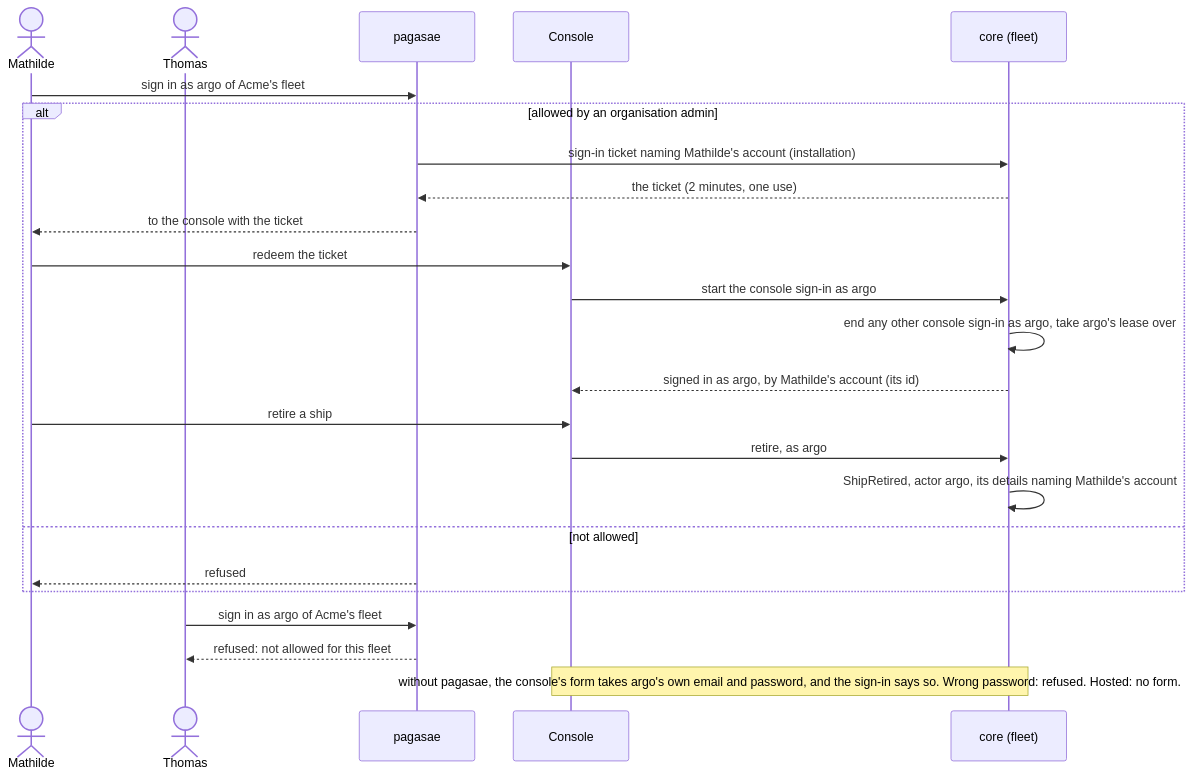
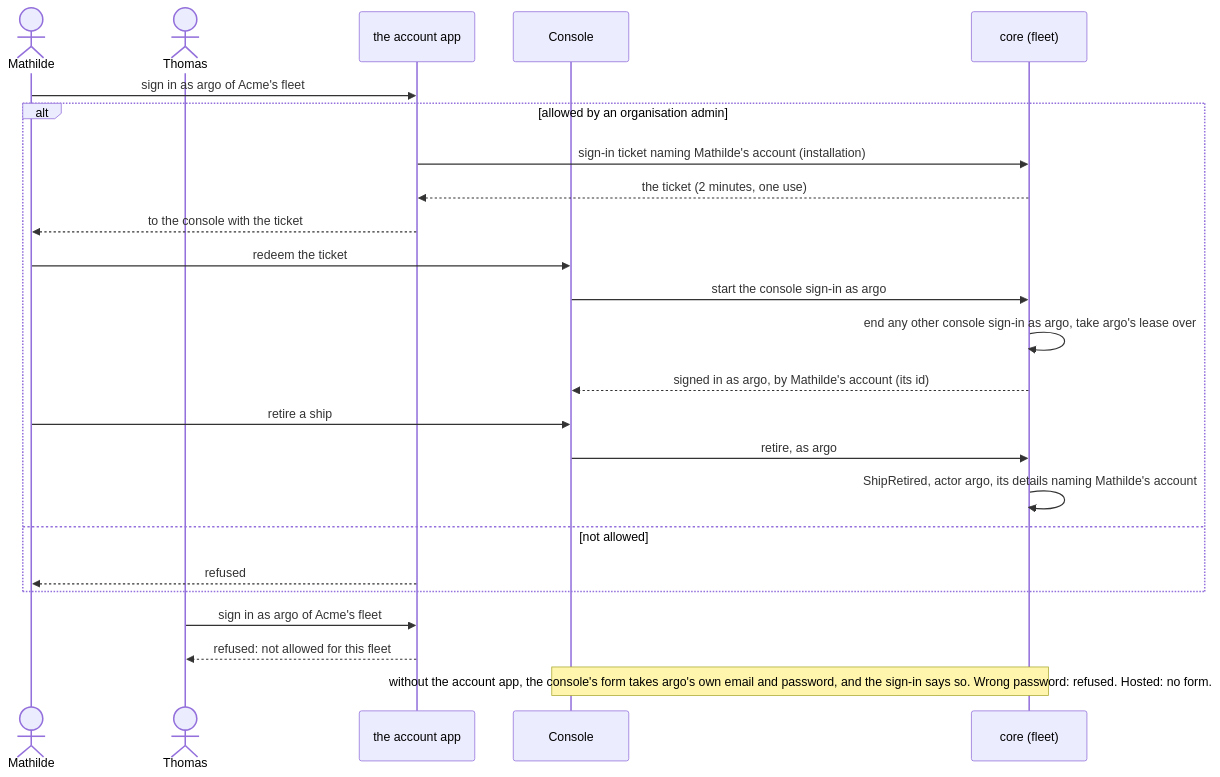
One commit to ThomasHendrickx/aeolus-fleet changed the sixth of 11 diagrams in docs/design/accounts/phase-2/flows.md. Above: the diagram before and after it, drawn with Mermaid. The commit also changed other lines of this file and 157 other files, not shown here.

Commit message:
refactor: use neutral account app terminology

````diff
--- a/docs/design/accounts/phase-2/flows.md
+++ b/docs/design/accounts/phase-2/flows.md
@@ -212,26 +212,26 @@
 ```mermaid
 sequenceDiagram
   actor M as Mathilde
   actor T as Thomas
-  participant P as pagasae
+  participant P as the account app
   participant K as Console
   participant C as core (fleet)
   M->>P: sign in as argo of Acme's fleet
   alt allowed by an organisation admin
     P->>C: sign-in ticket naming Mathilde's account (installation)
     C-->>P: the ticket (2 minutes, one use)
     P-->>M: to the console with the ticket
     M->>K: redeem the ticket
     K->>C: start the console sign-in as argo
     C->>C: end any other console sign-in as argo, take argo's lease over
     C-->>K: signed in as argo, by Mathilde's account (its id)
     M->>K: retire a ship
     K->>C: retire, as argo
     C->>C: ShipRetired, actor argo, its details naming Mathilde's account
   else not allowed
     P-->>M: refused
   end
   T->>P: sign in as argo of Acme's fleet
   P-->>T: refused: not allowed for this fleet
-  Note over K,C: without pagasae, the console's form takes argo's own email and password, and the sign-in says so. Wrong password: refused. Hosted: no form.
+  Note over K,C: without the account app, the console's form takes argo's own email and password, and the sign-in says so. Wrong password: refused. Hosted: no form.
 ```
````
